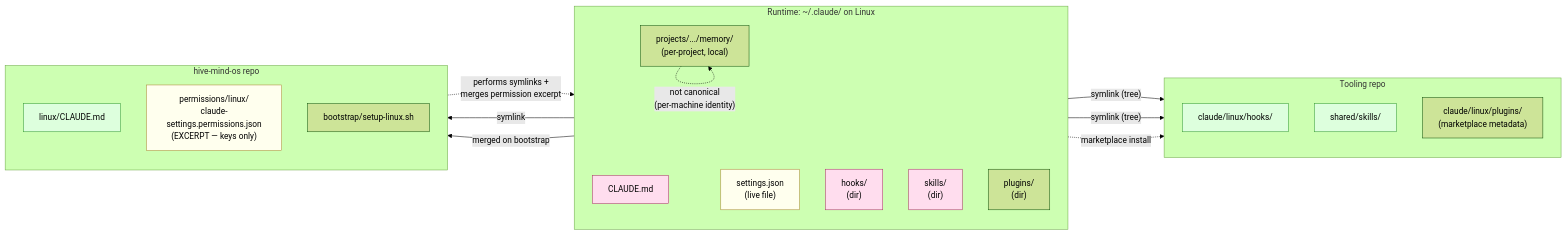
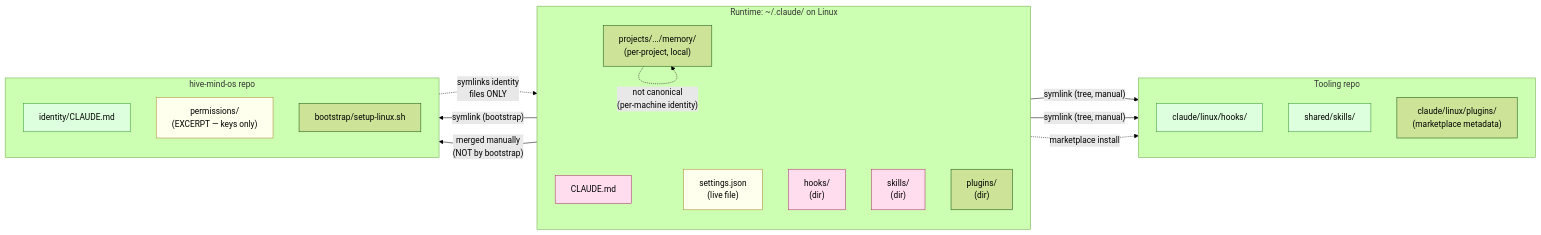
Before and after one commit to FRBio-maker/hive-mind-os: the second of 7 diagrams in docs/INFRASTRUCTURE.md, drawn with Mermaid (forest theme). The commit also changed other lines of this file and 5 other files, not shown here.

````diff
--- a/docs/INFRASTRUCTURE.md
+++ b/docs/INFRASTRUCTURE.md
@@ -119,42 +121,42 @@
 ```mermaid
 flowchart LR
     subgraph RT[Runtime: ~/.claude/  on Linux]
         direction TB
         ID["CLAUDE.md"]
         ST["settings.json<br/>(live file)"]
         HK["hooks/<br/>(dir)"]
         SK["skills/<br/>(dir)"]
         PL["plugins/<br/>(dir)"]
         MEM["projects/.../memory/<br/>(per-project, local)"]
     end
 
     subgraph AHM[hive-mind-os repo]
         direction TB
-        AHM_ID["linux/CLAUDE.md"]
-        AHM_PERM["permissions/linux/<br/>claude-settings.permissions.json<br/>(EXCERPT — keys only)"]
+        AHM_ID["identity/CLAUDE.md"]
+        AHM_PERM["permissions/<br/>(EXCERPT — keys only)"]
         AHM_BOOT["bootstrap/setup-linux.sh"]
     end
 
     subgraph ATOOL[Tooling repo]
         direction TB
         AT_HK["claude/linux/hooks/"]
         AT_SK["shared/skills/"]
         AT_PL["claude/linux/plugins/<br/>(marketplace metadata)"]
     end
 
-    ID -- "symlink" --> AHM_ID
-    HK -- "symlink (tree)" --> AT_HK
-    SK -- "symlink (tree)" --> AT_SK
-    ST -- "merged on bootstrap" --> AHM_PERM
+    ID -- "symlink (bootstrap)" --> AHM_ID
+    HK -- "symlink (tree, manual)" --> AT_HK
+    SK -- "symlink (tree, manual)" --> AT_SK
+    ST -- "merged manually<br/>(NOT by bootstrap)" --> AHM_PERM
     PL -. "marketplace install" .-> AT_PL
     MEM -. "not canonical<br/>(per-machine identity)" .-> MEM
 
-    AHM_BOOT -. "performs symlinks +<br/>merges permission excerpt" .-> RT
+    AHM_BOOT -. "symlinks identity<br/>files ONLY" .-> RT
 
     classDef live fill:#fde,stroke:#a36
     classDef canon fill:#dfd,stroke:#393
     classDef merge fill:#ffe,stroke:#a83
     class ID,HK,SK live
     class AHM_ID,AT_HK,AT_SK canon
     class ST,AHM_PERM merge
 ```
````
